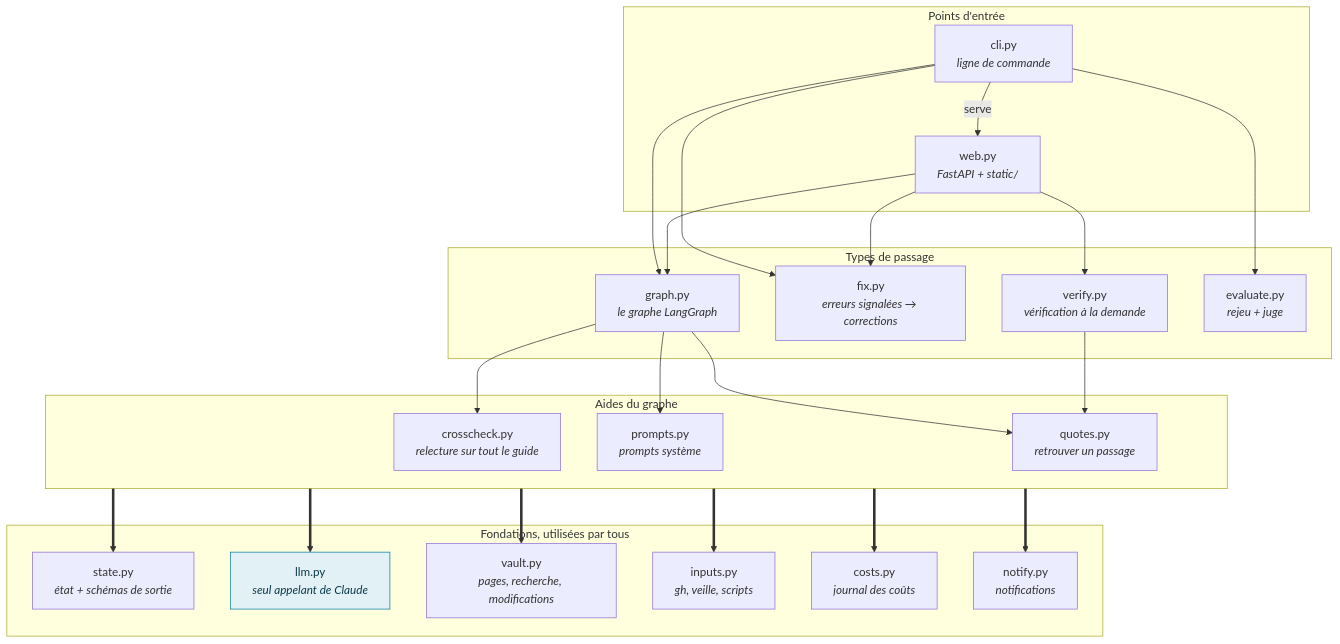
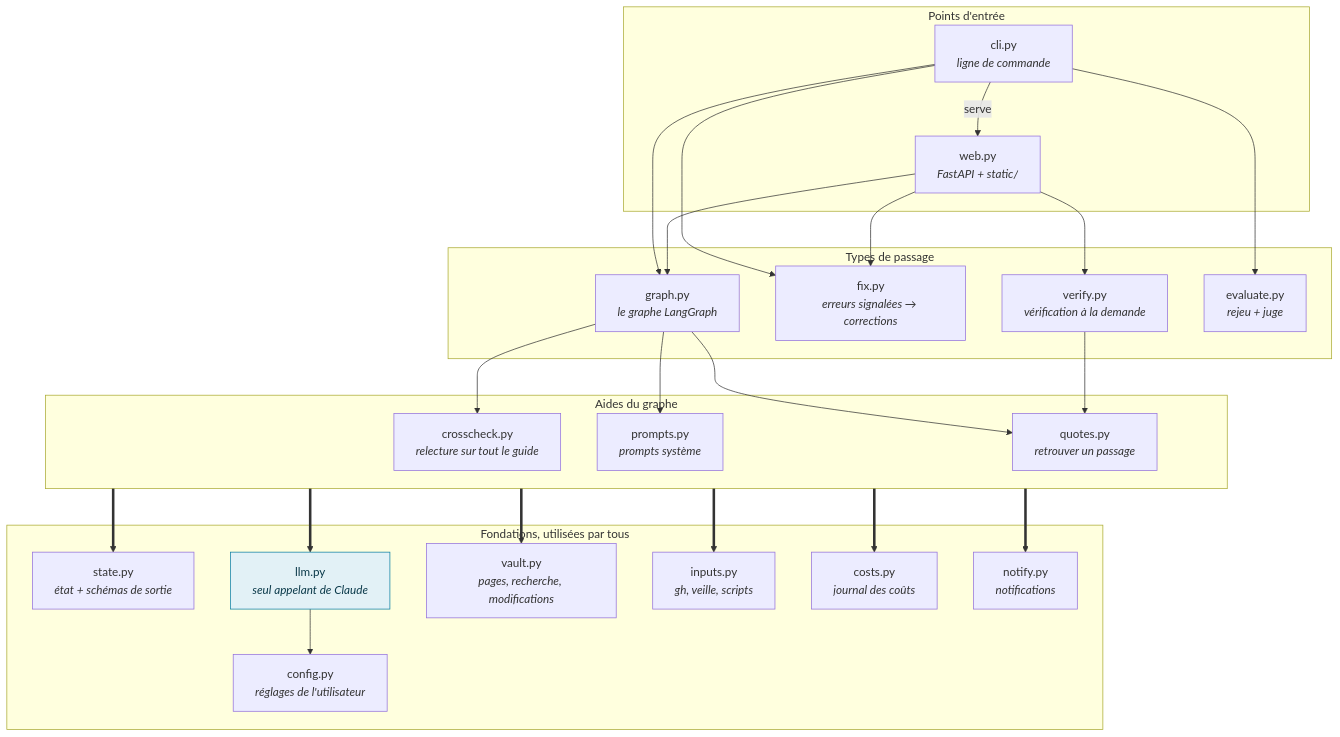
One commit to DamienBecherini/vault-watch-agent changed the first of 6 diagrams in docs/code.fr.md. Above: the diagram before and after it, drawn with Mermaid. The commit also changed other lines of this file and 11 other files, not shown here.

````diff
--- a/docs/code.fr.md
+++ b/docs/code.fr.md
@@ -19,34 +19,36 @@
 ```mermaid
 flowchart TB
   subgraph entry["Points d'entrée"]
     cli["cli.py<br/><i>ligne de commande</i>"]
     web["web.py<br/><i>FastAPI + static/</i>"]
   end
   subgraph runs["Types de passage"]
     graphpy["graph.py<br/><i>le graphe LangGraph</i>"]
     fix["fix.py<br/><i>erreurs signalées → corrections</i>"]
     verify["verify.py<br/><i>vérification à la demande</i>"]
     evaluate["evaluate.py<br/><i>rejeu + juge</i>"]
   end
   subgraph steps["Aides du graphe"]
     crosscheck["crosscheck.py<br/><i>relecture sur tout le guide</i>"]
     prompts["prompts.py<br/><i>prompts système</i>"]
     quotes["quotes.py<br/><i>retrouver un passage</i>"]
   end
   subgraph base["Fondations, utilisées par tous"]
     state["state.py<br/><i>état + schémas de sortie</i>"]
     llm["llm.py<br/><i>seul appelant de Claude</i>"]
+    config["config.py<br/><i>réglages de l'utilisateur</i>"]
     vault["vault.py<br/><i>pages, recherche, modifications</i>"]
     inputs["inputs.py<br/><i>gh, veille, scripts</i>"]
     costs["costs.py<br/><i>journal des coûts</i>"]
     notify["notify.py<br/><i>notifications</i>"]
   end
   cli -->|"serve"| web
   cli --> graphpy & fix & evaluate
   web --> graphpy & fix & verify
   graphpy --> crosscheck & prompts & quotes
   verify --> quotes
   steps ==> state & llm & vault & inputs & costs & notify
+  llm --> config
   classDef model fill:#e2f1f6,stroke:#0a7ea4,color:#0b3a4a
   class llm model
 ```
````
